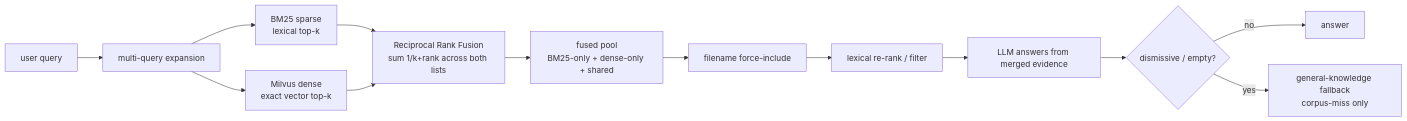
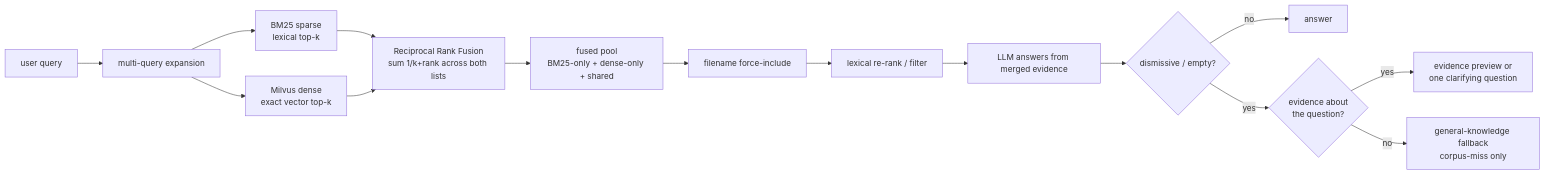
The diagram in README.md (freemonj-gmail/jarvis-rag), drawn with Mermaid before and after one commit. The commit also changed other lines of this file and 4 other files, not shown here.

````diff
--- a/README.md
+++ b/README.md
@@ -66,15 +66,17 @@
 ```mermaid
 flowchart LR
     Q[user query] --> EXP[multi-query expansion]
     EXP --> B[BM25 sparse<br/>lexical top-k]
     EXP --> M[Milvus dense<br/>exact vector top-k]
     B --> RRF[Reciprocal Rank Fusion<br/>sum 1/k+rank across both lists]
     M --> RRF
     RRF --> U[fused pool<br/>BM25-only + dense-only + shared]
     U --> FI[filename force-include]
     FI --> SC[lexical re-rank / filter]
     SC --> LLM[LLM answers from merged evidence]
     LLM --> DIS{dismissive / empty?}
     DIS -->|no| ANS[answer]
-    DIS -->|yes| GK[general-knowledge fallback<br/>corpus-miss only]
+    DIS -->|yes| TOP{evidence about<br/>the question?}
+    TOP -->|yes| PRE[evidence preview or<br/>one clarifying question]
+    TOP -->|no| GK[general-knowledge fallback<br/>corpus-miss only]
 ```
````
